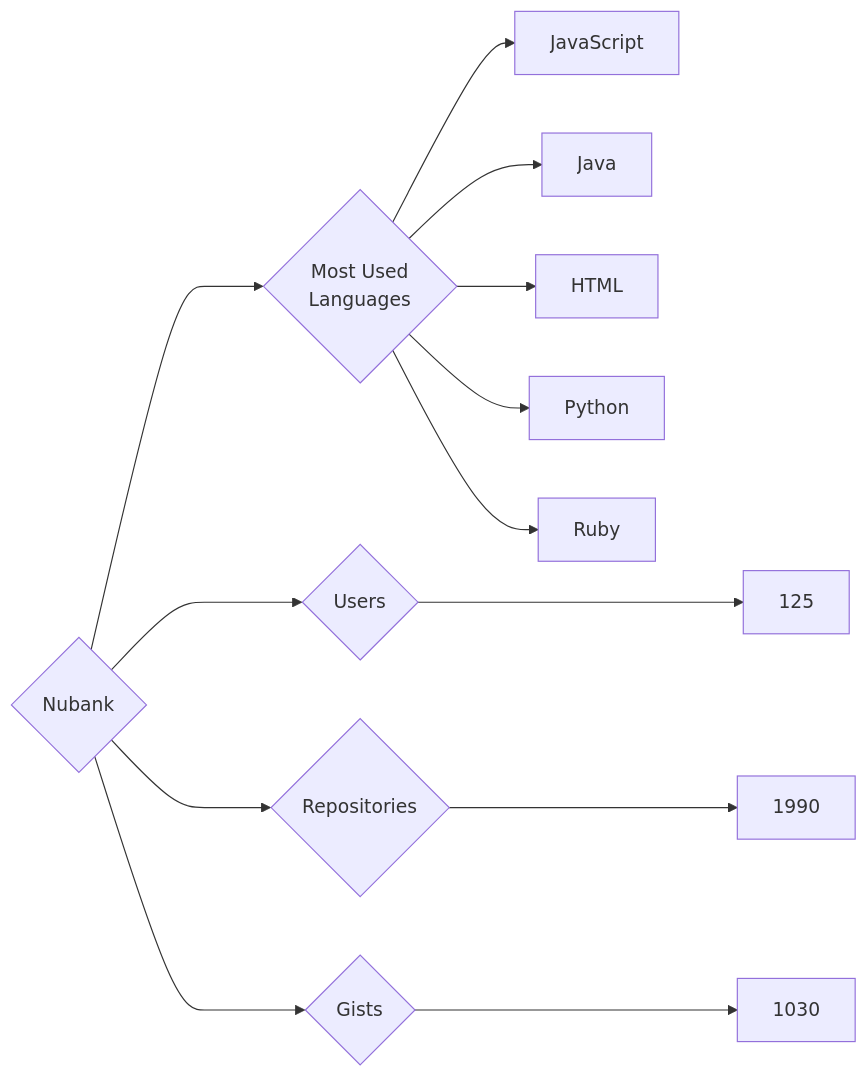
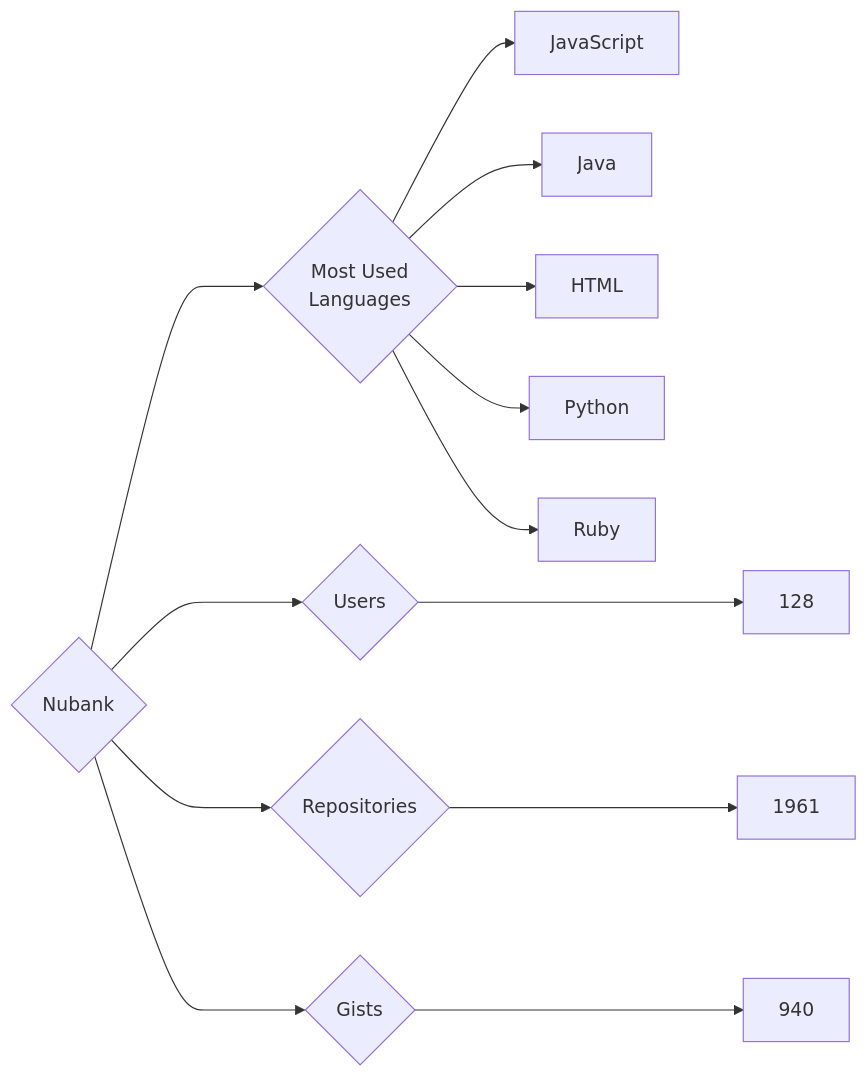
Before and after one commit to trickest/insiders: the diagram in targets/Nubank/README.md, drawn with Mermaid. The commit also changed 953 other files, not shown here.

````diff
--- a/targets/Nubank/README.md
+++ b/targets/Nubank/README.md
@@ -3,13 +3,13 @@
 ```mermaid
 graph LR
 COMPANY_NAME{Nubank}
-COMPANY_NAME ---> U{Users} ---> UN[125]
-COMPANY_NAME ---> R{Repositories} ---> RN[1990]
-COMPANY_NAME ---> G{Gists} ---> GN[1030]
+COMPANY_NAME ---> U{Users} ---> UN[128]
+COMPANY_NAME ---> R{Repositories} ---> RN[1961]
+COMPANY_NAME ---> G{Gists} ---> GN[940]
 COMPANY_NAME ---> ML{Most Used<br>Languages}
 ML --> JavaScript[JavaScript]
 ML --> Java[Java]
 ML --> HTML[HTML]
 ML --> Python[Python]
 ML --> Ruby[Ruby]
 ```
````
